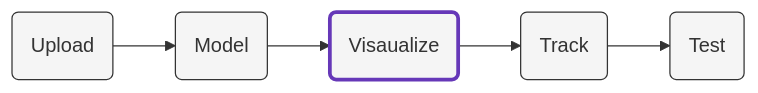
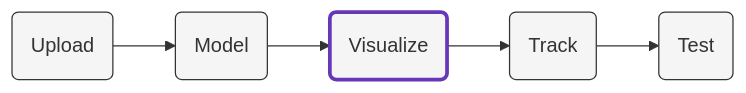
The diagram in content/visualisation/_index.md (snowplow/mobile-hybrid-apps-accelerator), drawn with Mermaid before and after one commit. The commit also changed 9 other files, not shown here.

```diff
--- a/content/visualisation/_index.md
+++ b/content/visualisation/_index.md
@@ -13,9 +13,9 @@
 {{<mermaid>}}
 flowchart LR
-    id1(Upload)-->id2(Model)-->id3(Visaualize)-->id4(Track)-->id6(Test)
+    id1(Upload)-->id2(Model)-->id3(Visualize)-->id4(Track)-->id6(Test)
     style id3 fill:#f5f5f5,stroke:#6638B8,stroke-width:3px
     style id1 fill:#f5f5f5,stroke:#333,stroke-width:1px
     style id4 fill:#f5f5f5,stroke:#333,stroke-width:1px
     style id2 fill:#f5f5f5,stroke:#333,stroke-width:1px
     style id6 fill:#f5f5f5,stroke:#333,stroke-width:1px
 {{</mermaid >}}
```
